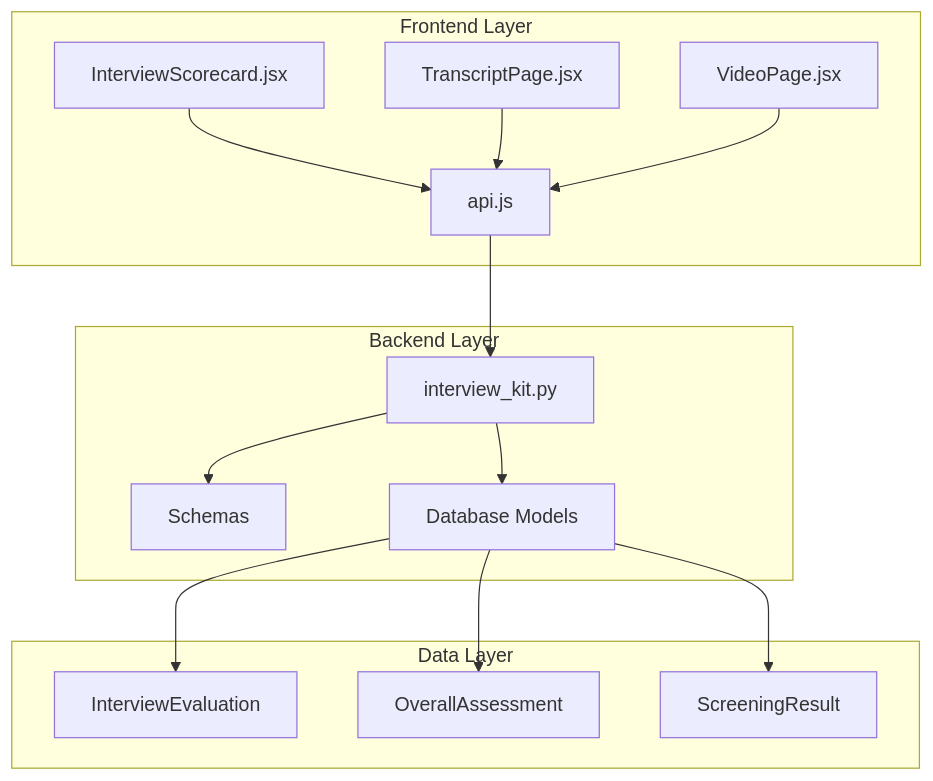
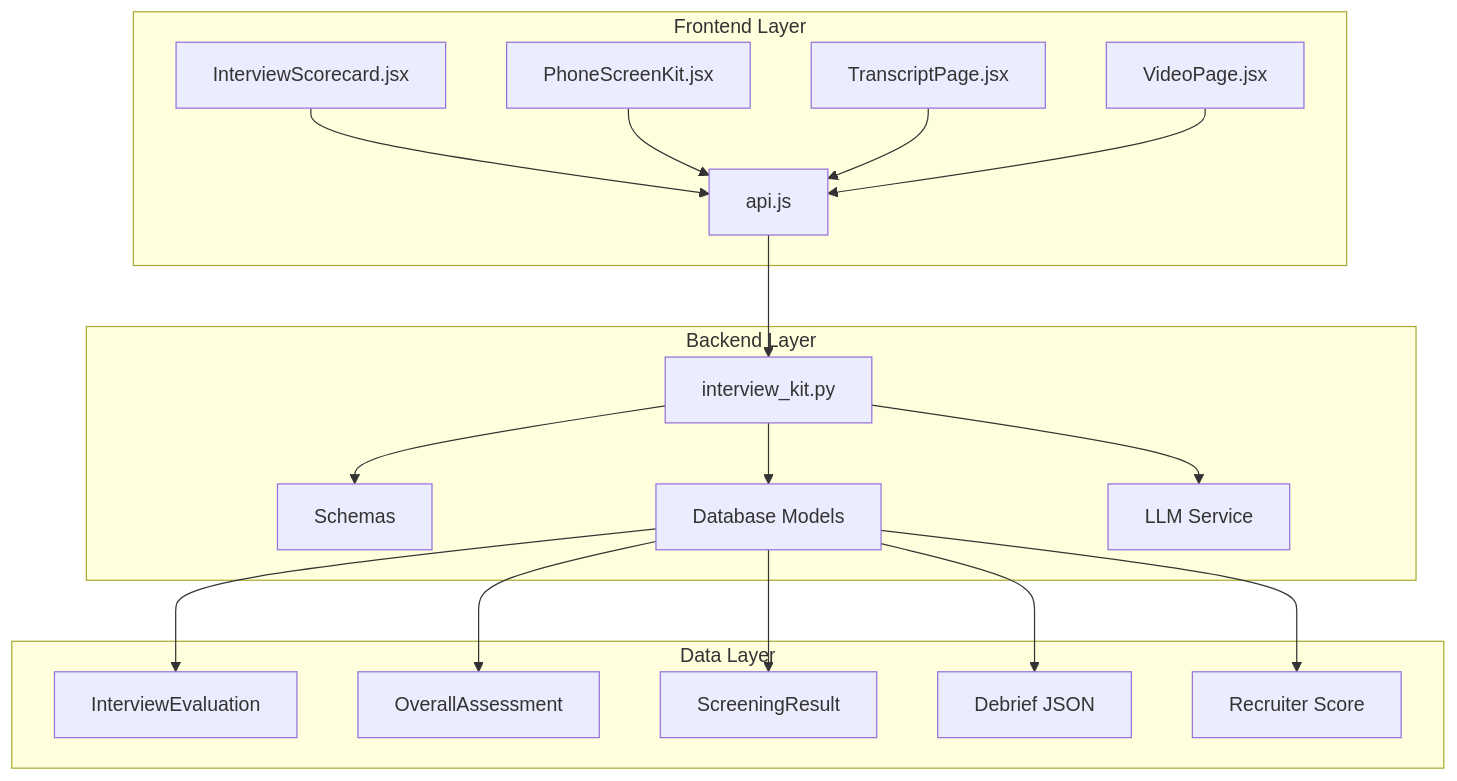
One commit to Revanththetalogics/aireume changed the first of 10 diagrams in .qoder/repowiki/en/content/Frontend Architecture/Component Library/Interview Scorecard Component.md. Above: the diagram before and after it, drawn with Mermaid. The commit also changed other lines of this file and 6 other files, not shown here.

Commit message:
fix: inline resume display for Word formats in phone screen split-view

````diff
--- a/.qoder/repowiki/en/content/Frontend Architecture/Component Library/Interview Scorecard Component.md
+++ b/.qoder/repowiki/en/content/Frontend Architecture/Component Library/Interview Scorecard Component.md
@@ -48,28 +55,36 @@
 ```mermaid
 graph TB
 subgraph "Frontend Layer"
 IS[InterviewScorecard.jsx]
+PSK[PhoneScreenKit.jsx]
 TP[TranscriptPage.jsx]
 VP[VideoPage.jsx]
 API[api.js]
 end
 subgraph "Backend Layer"
 IK[interview_kit.py]
 SC[Schemas]
 DB[Database Models]
+LLM[LLM Service]
 end
 subgraph "Data Layer"
 IE[InterviewEvaluation]
 OA[OverallAssessment]
 SR[ScreeningResult]
+DBJ[Debrief JSON]
+RS[Recruiter Score]
 end
 IS --> API
+PSK --> API
 TP --> API
 VP --> API
 API --> IK
 IK --> SC
 IK --> DB
+IK --> LLM
 DB --> IE
 DB --> OA
 DB --> SR
+DB --> DBJ
+DB --> RS
 ```
````
